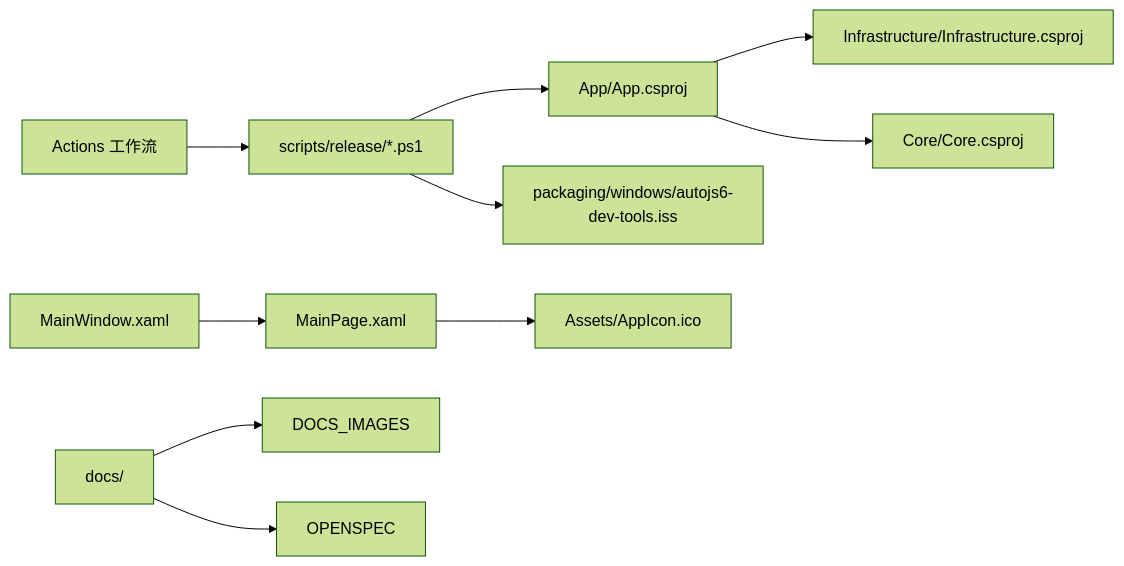
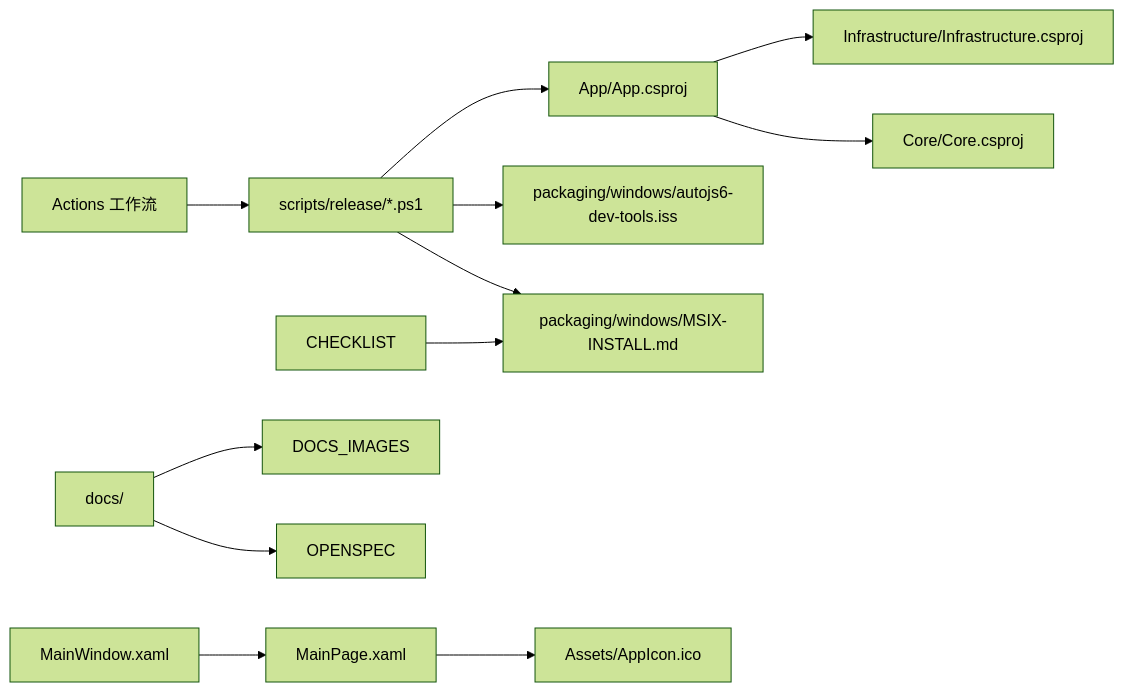
One commit to terwer/autojs6-dev-tools changed the ninth of 9 diagrams in .qoder/repowiki/zh/content/开发指南/部署与发布流程.md. Above: the diagram before and after it, drawn with Mermaid (forest theme). The commit also changed other lines of this file and 3 other files, not shown here.

First line of the commit message:
docs(release): disable MSIX packaging by default and add MSIX installation guide

````diff
--- a/.qoder/repowiki/zh/content/开发指南/部署与发布流程.md
+++ b/.qoder/repowiki/zh/content/开发指南/部署与发布流程.md
@@ -456,12 +499,14 @@
 ```mermaid
 graph LR
 APP["App/App.csproj"] --> INFRA["Infrastructure/Infrastructure.csproj"]
 APP --> CORE["Core/Core.csproj"]
 SCRIPTS["scripts/release/*.ps1"] --> APP
 SCRIPTS --> ISS["packaging/windows/autojs6-dev-tools.iss"]
+SCRIPTS --> MSIX_INSTALL["packaging/windows/MSIX-INSTALL.md"]
 GH["Actions 工作流"] --> SCRIPTS
 MAIN_WINDOW["MainWindow.xaml"] --> MAIN_PAGE["MainPage.xaml"]
 MAIN_PAGE --> ASSETS["Assets/AppIcon.ico"]
 DOCS["docs/"] --> DOCS_IMAGES
 DOCS --> OPENSPEC
+CHECKLIST --> MSIX_INSTALL
 ```
````
